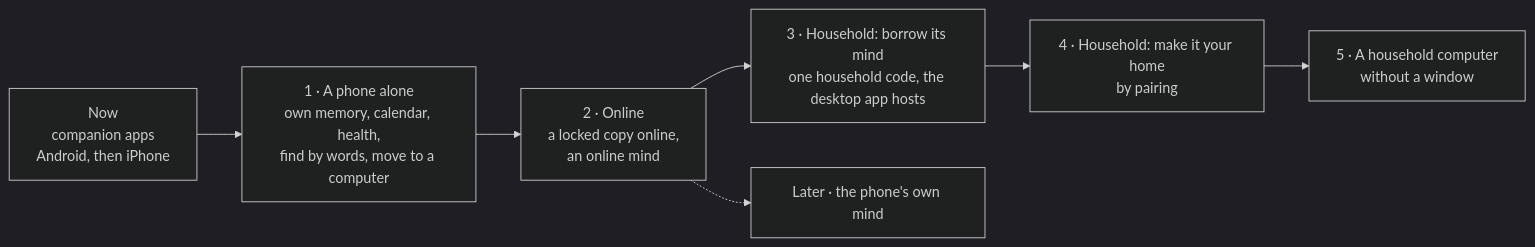
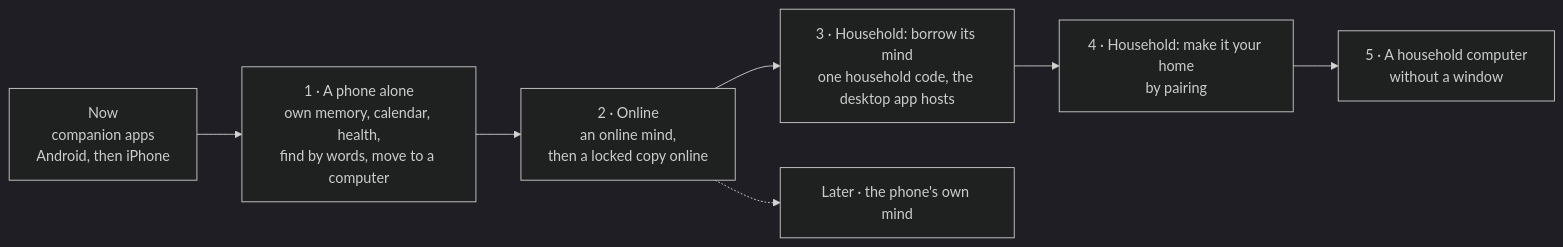
Before and after one commit to agync/nocturne: the fifth of 5 diagrams in docs/design/phone-parity.md, drawn with Mermaid (dark theme). The commit also changed other lines of this file and 6 other files, not shown here.

Commit message:
docs: accept an online mind on a phone

````diff
--- a/docs/design/phone-parity.md
+++ b/docs/design/phone-parity.md
@@ -368,9 +369,9 @@
 ```mermaid
 flowchart LR
     P0["Now<br/>companion apps<br/>Android, then iPhone"] --> P1["1 · A phone alone<br/>own memory, calendar, health,<br/>find by words, move to a computer"]
-    P1 --> P2["2 · Online<br/>a locked copy online,<br/>an online mind"]
+    P1 --> P2["2 · Online<br/>an online mind,<br/>then a locked copy online"]
     P2 --> P3["3 · Household: borrow its mind<br/>one household code, the desktop app hosts"]
     P3 --> P4["4 · Household: make it your home<br/>by pairing"]
     P4 --> P5["5 · A household computer<br/>without a window"]
     P2 -.-> M["Later · the phone's own mind"]
 ```
````
